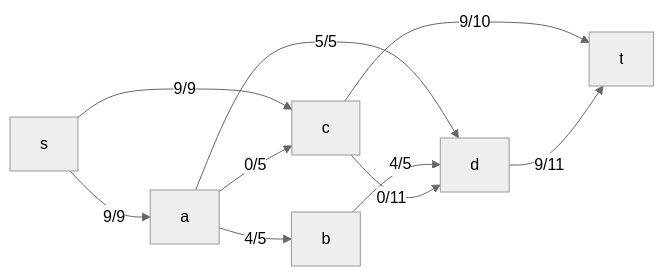
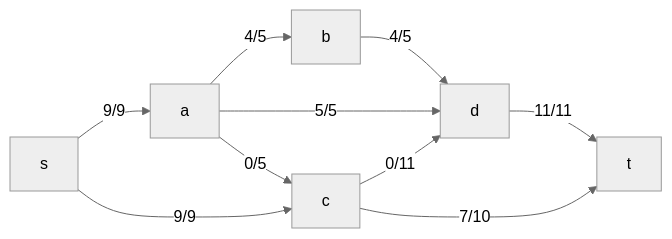
One commit to hse-algo-24-crow/manual-tasks-crow changed diagram 12 of 12 in task-10/goidaz.md. Above: the diagram before and after it, drawn with Mermaid (neutral theme). The commit also changed other lines of this file, not shown here.

````diff
--- a/task-10/goidaz.md
+++ b/task-10/goidaz.md
@@ -277,12 +311,12 @@
 ```mermaid
 graph LR
     s-->|9/9|a
     s-->|9/9|c
-    a-->|0/5|c
     a-->|4/5|b
     a-->|5/5|d
+    a-->|0/5|c
+    c-->|0/11|d
     b-->|4/5|d
-    c-->|0/11|d
-    c-->|9/10|t
-    d-->|9/11|t
+    d-->|11/11|t
+    c-->|7/10|t
 ```
````
